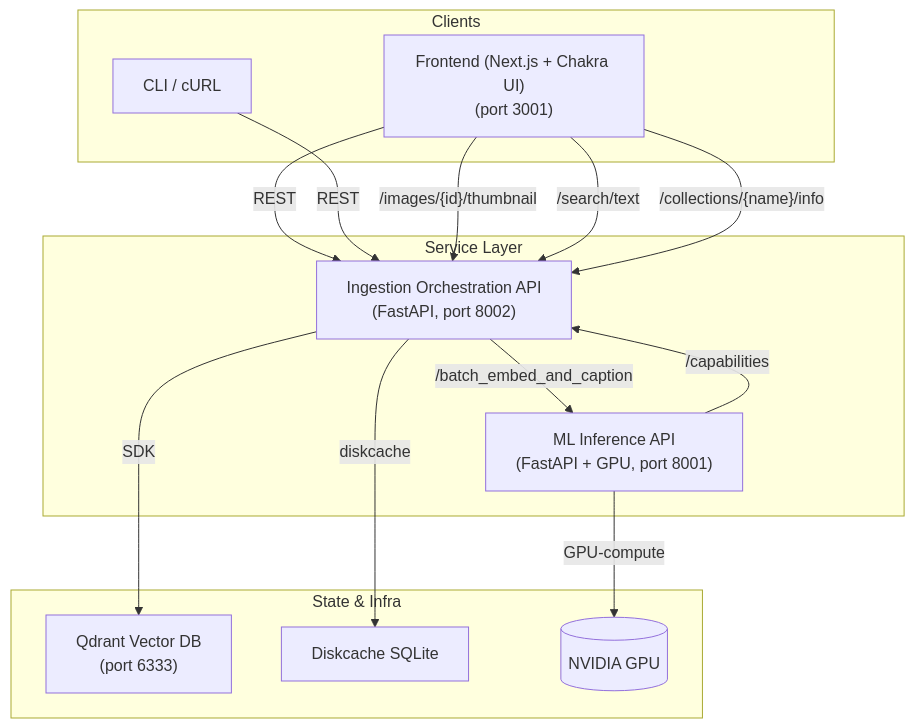
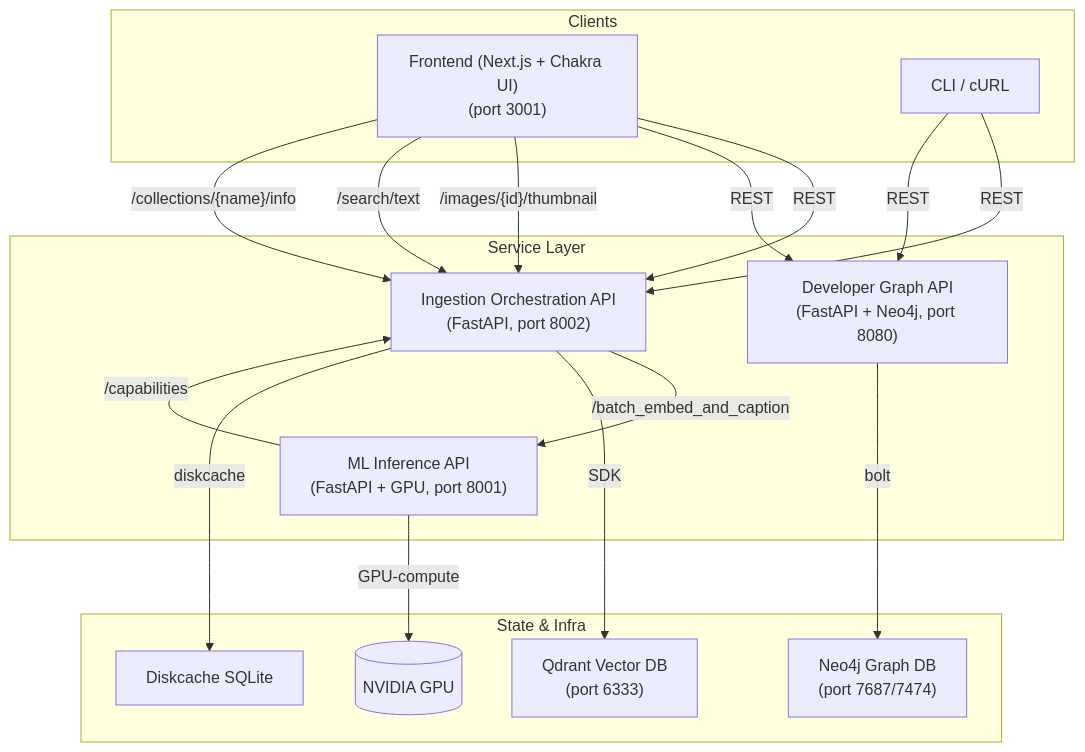
One commit to rm2thaddeus/Pixel_Detective changed the diagram in backend/ARCHITECTURE.md. Above: the diagram before and after it, drawn with Mermaid. The commit also changed other lines of this file and 14 other files, not shown here.

````diff
--- a/backend/ARCHITECTURE.md
+++ b/backend/ARCHITECTURE.md
@@ -144,32 +145,36 @@
 ```mermaid
 graph TD
     subgraph "Clients"
         FE["Frontend (Next.js + Chakra UI)\n(port 3001)"]
         CLI["CLI / cURL"]
     end
 
     subgraph "Service Layer"
         ING["Ingestion Orchestration API\n(FastAPI, port 8002)"]
         ML["ML Inference API\n(FastAPI + GPU, port 8001)"]
+        DEVGRAPH["Developer Graph API\n(FastAPI + Neo4j, port 8080)"]
     end
 
     subgraph "State & Infra"
         VDB["Qdrant Vector DB\n(port 6333)"]
         DKC["Diskcache SQLite"]
+        NEO4J["Neo4j Graph DB\n(port 7687/7474)"]
         GPU[("NVIDIA GPU")]
     end
 
     FE -- REST --> ING
     CLI -- REST --> ING
+    FE -- REST --> DEVGRAPH
+    CLI -- REST --> DEVGRAPH
 
     ING -- "/batch_embed_and_caption" --> ML
     ING -- SDK --> VDB
     ING -- diskcache --> DKC
 
     ML -- GPU-compute --> GPU
     ML -- "/capabilities" --> ING
-    
+    DEVGRAPH -- bolt --> NEO4J
     FE -- "/images/{id}/thumbnail" --> ING
     FE -- "/search/text" --> ING
     FE -- "/collections/{name}/info" --> ING
 ```
````
